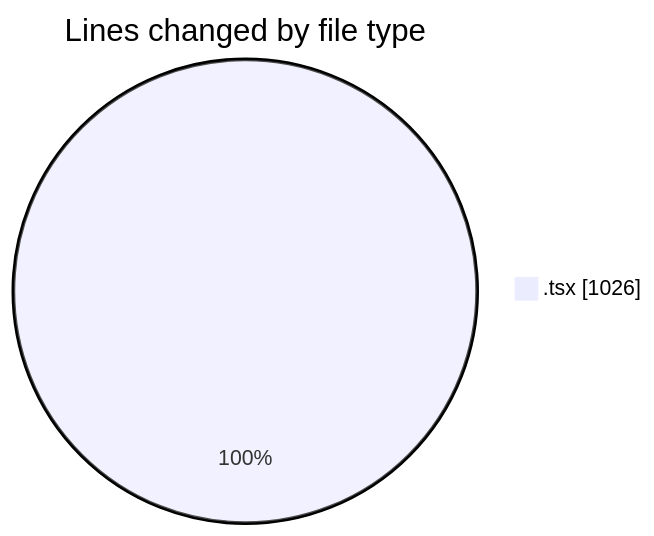
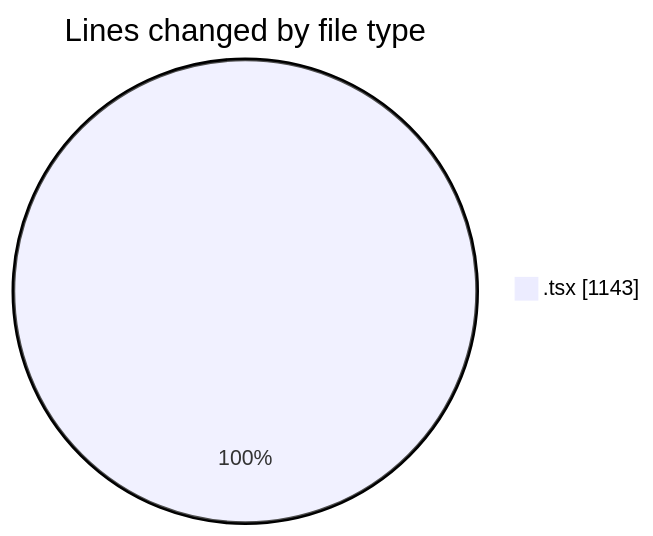
Before and after one commit to nxtqubesakshisongat/code-tracking: the first of 2 diagrams in 2026-02-03/nxtqube_webapp/README.md, drawn with Mermaid. The commit also changed other lines of this file and 1 other file, not shown here.

````diff
--- a/2026-02-03/nxtqube_webapp/README.md
+++ b/2026-02-03/nxtqube_webapp/README.md
@@ -20,5 +20,5 @@
 ```mermaid
 pie showData
 title Lines changed by file type
-".tsx" : 1026
+".tsx" : 1143
 ```
````
